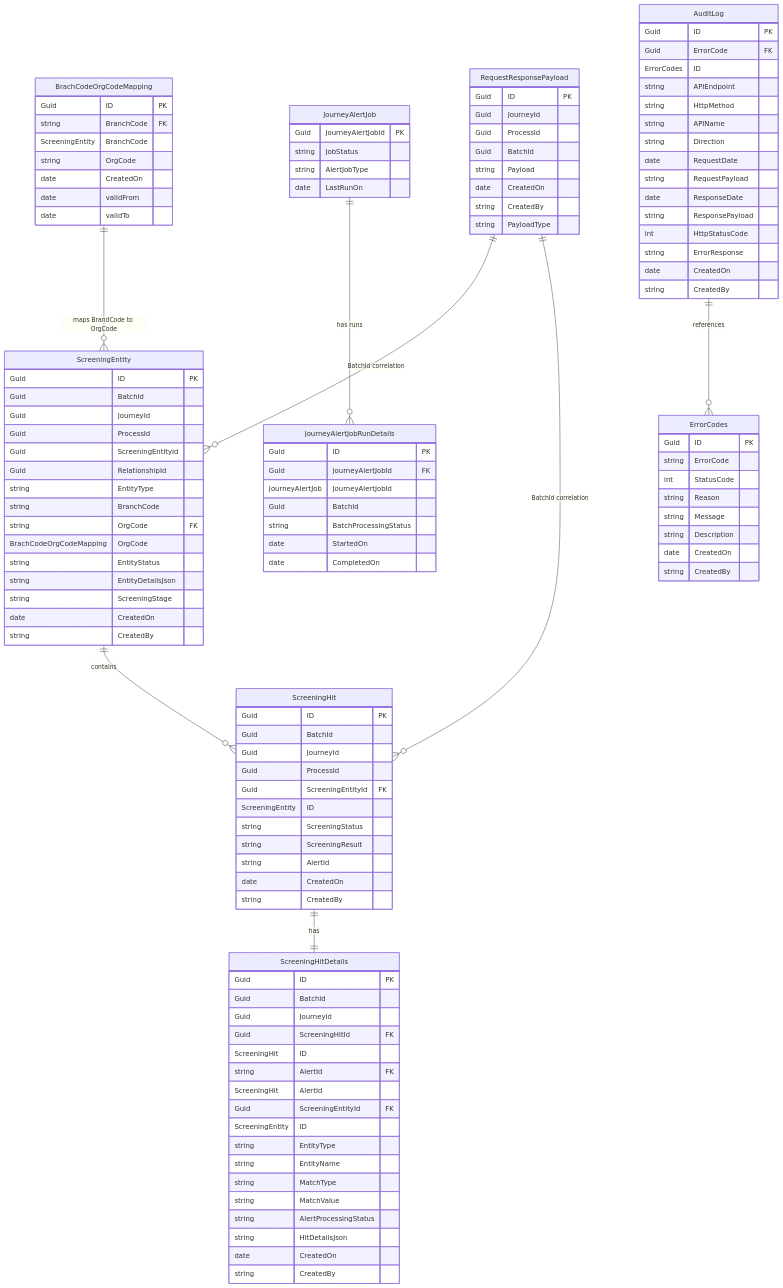
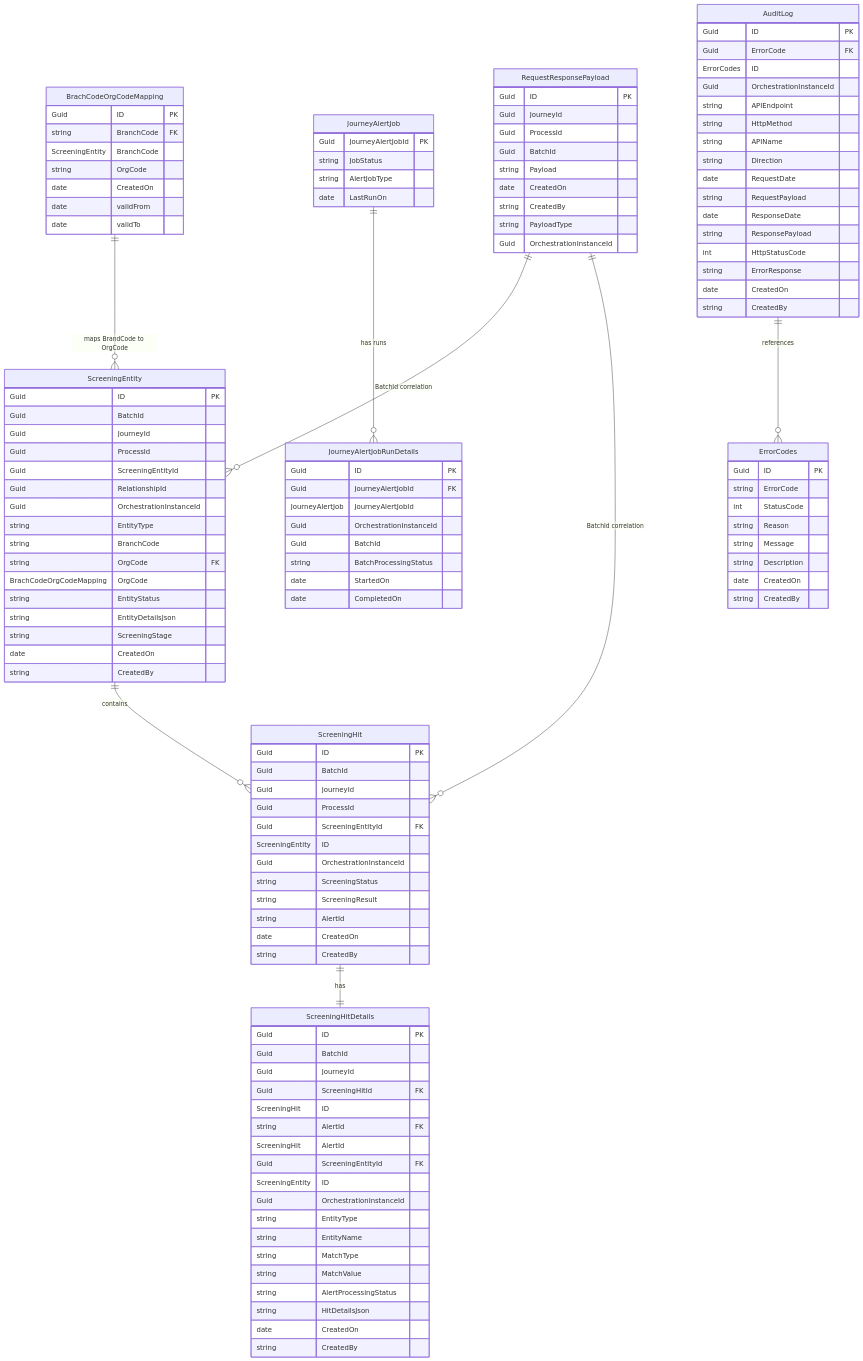
The diagram in Arch_Diagrams/v2/screenERD.mmd (jojokoshy/Architecture_Diagrams_Python_AI), drawn with Mermaid before and after one commit.

Commit message:
Add OrchestrationInstanceId to multiple entities in screenERD for correlation of screened entities

```diff
--- a/Arch_Diagrams/v2/screenERD.mmd
+++ b/Arch_Diagrams/v2/screenERD.mmd
@@ -1,141 +1,152 @@
 erDiagram
     %% FK label convention:
     %%  - Relationship labels use the format "SourceField -> TargetField" to show FK -> PK mappings.
     %%  - Example: ScreeningBatch }o--|| RequestResponsePayload : "ScreenRequestPayloadId -> ID"
     %%    means ScreeningBatch.ScreenRequestPayloadId references RequestResponsePayload.ID (FK -> PK).
     %%  - Multiplicity notation follows Mermaid ER style: || = one, }o = many/optional.
 
     RequestResponsePayload {
         Guid ID PK
         Guid JourneyId
         Guid ProcessId
         Guid BatchId
         string Payload
         date CreatedOn
         string CreatedBy
         string PayloadType
+         %%% OrchestrationInstanceId is used to correlate multiple entities screened in the same orchestration instance. The instance id is from Azure Durable Functions.
+        Guid OrchestrationInstanceId
         %% Notes:
         %% - JourneyId and ProcessId are intentionally duplicated in RequestResponsePayload for query convenience
         %%   (they should match the values in the parent ScreeningBatch row).
         %% - To guarantee exactly one Request and one Response per batch add a DB unique constraint:
         %%   UNIQUE(BatchId, PayloadType).
         %% - PayloadType values are expected to be 'JourneySuperGraphRequest' or 'JourneySuperGraphResponse' or EntitySuperGraphRequest or 'EntitySuperGraphResponse'
 
     }
     ScreeningEntity {
         Guid ID PK
         Guid BatchId
         Guid JourneyId
         Guid ProcessId
         Guid ScreeningEntityId
         Guid RelationshipId
+        %%% OrchestrationInstanceId is used to correlate multiple entities screened in the same orchestration instance. The instance id is from Azure Durable Functions.
+        Guid OrchestrationInstanceId
         string EntityType
         %% e.g., for a person, this could be 'IND' for individual"
         string BranchCode 
         %% BranchCode will be used to Derive OrgCode from a Mapping Table
         string OrgCode FK BrachCodeOrgCodeMapping OrgCode
         string EntityStatus 
         string EntityDetailsJson
         string ScreeningStage
         date CreatedOn
         string CreatedBy
     }
     
     BrachCodeOrgCodeMapping {
         Guid ID PK
         string BranchCode FK ScreeningEntity BranchCode
         string OrgCode 
         date CreatedOn
         date validFrom
         date validTo
     }
 
     ScreeningHit {
         Guid ID PK
         Guid BatchId
         Guid JourneyId
         Guid ProcessId
         Guid ScreeningEntityId FK ScreeningEntity ID
-        
+         %%% OrchestrationInstanceId is used to correlate multiple entities screened in the same orchestration instance. The instance id is from Azure Durable Functions.
+        Guid OrchestrationInstanceId
         %%% The Screening Flag indicates if the Entity Triggered a Screening - Yes/No from NetReveal - Screening Field.
         string ScreeningStatus
         %%% If Screening Flag is Yes then Possible Values are Hit/NoHit as returned from NetReveal - Result Field in the XML
         string ScreeningResult
         %%% The AlertId is only returned if Screening is Yes
         string AlertId
         date CreatedOn
         string CreatedBy
     }
     
 
     ScreeningHitDetails {
         Guid ID PK
         Guid BatchId
         Guid JourneyId
         Guid ScreeningHitId FK ScreeningHit ID
         string AlertId FK ScreeningHit AlertId
         Guid ScreeningEntityId FK ScreeningEntity ID
+         %%% OrchestrationInstanceId is used to correlate multiple entities screened in the same orchestration instance. The instance id is from Azure Durable Functions.
+        Guid OrchestrationInstanceId
         string EntityType
         string EntityName
         string MatchType
         string MatchValue
         string AlertProcessingStatus
         string HitDetailsJson
         date CreatedOn
         string CreatedBy
 
     }
     
     JourneyAlertJob {
         Guid JourneyAlertJobId PK
         string JobStatus
         %% This will store values to indicate if the alert job is using NetReveal as Alert source or the Database as Alert source ( used for proceessing open alerts)
         string AlertJobType
         date LastRunOn
         
     }
     JourneyAlertJobRunDetails {
         Guid ID PK
         Guid JourneyAlertJobId FK JourneyAlertJob JourneyAlertJobId
+         %%% OrchestrationInstanceId is used to correlate multiple entities screened in the same orchestration instance. The instance id is from Azure Durable Functions.
+        Guid OrchestrationInstanceId
         Guid BatchId
         string BatchProcessingStatus
         date StartedOn
         date CompletedOn
     }
 
     AuditLog {
         Guid ID PK
         Guid ErrorCode FK ErrorCodes ID
+         %%% OrchestrationInstanceId is used to correlate multiple entities screened in the same orchestration instance. The instance id is from Azure Durable Functions.
+        Guid OrchestrationInstanceId
         string APIEndpoint
         string HttpMethod
         string APIName
         string Direction
         date RequestDate
         string RequestPayload
         date ResponseDate
         string ResponsePayload
         int HttpStatusCode
         string ErrorResponse
         date CreatedOn
         string CreatedBy
     }
     
 
     ErrorCodes {
         Guid ID PK
         string ErrorCode
         int StatusCode
         string Reason
         string Message
         string Description
         date CreatedOn
         string CreatedBy
     }
     
 
     
     ScreeningEntity ||--o{ ScreeningHit : contains
     ScreeningHit ||--|| ScreeningHitDetails : has
     AuditLog ||--o{ ErrorCodes : references    JourneyAlertJob ||--o{ JourneyAlertJobRunDetails : "has runs"
     BrachCodeOrgCodeMapping ||--o{ ScreeningEntity : "maps BrandCode to OrgCode"RequestResponsePayload ||--o{ ScreeningEntity : "BatchId correlation"
 RequestResponsePayload ||--o{ ScreeningHit : "BatchId correlation"
```
